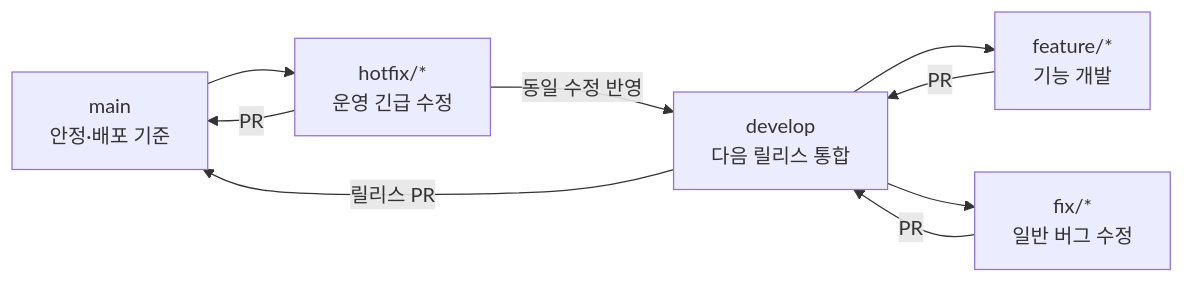
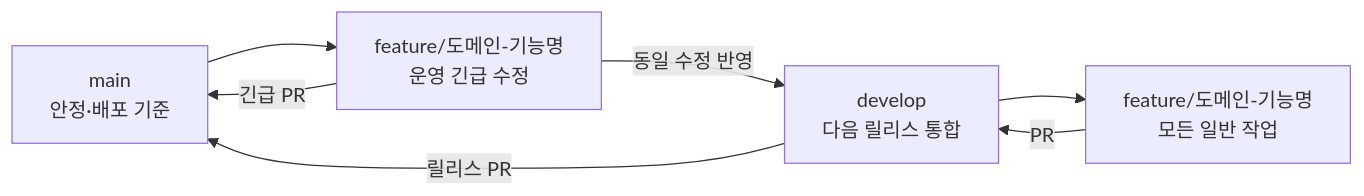
The diagram in CONTRIBUTING.md (Buc-Capstone-Dibut/buc_Capstone_DEMO), drawn with Mermaid before and after one commit. The commit also changed other lines of this file and 1 other file, not shown here.

````diff
--- a/CONTRIBUTING.md
+++ b/CONTRIBUTING.md
@@ -9,17 +9,14 @@
 ```mermaid
 flowchart LR
     M[main<br/>안정·배포 기준]
     D[develop<br/>다음 릴리스 통합]
-    F[feature/*<br/>기능 개발]
-    X[fix/*<br/>일반 버그 수정]
-    H[hotfix/*<br/>운영 긴급 수정]
+    F[feature/도메인-기능명<br/>모든 일반 작업]
+    U[feature/도메인-기능명<br/>운영 긴급 수정]
 
     D --> F
-    D --> X
     F -->|PR| D
-    X -->|PR| D
     D -->|릴리스 PR| M
-    M --> H
-    H -->|PR| M
-    H -->|동일 수정 반영| D
+    M --> U
+    U -->|긴급 PR| M
+    U -->|동일 수정 반영| D
 ```
````
